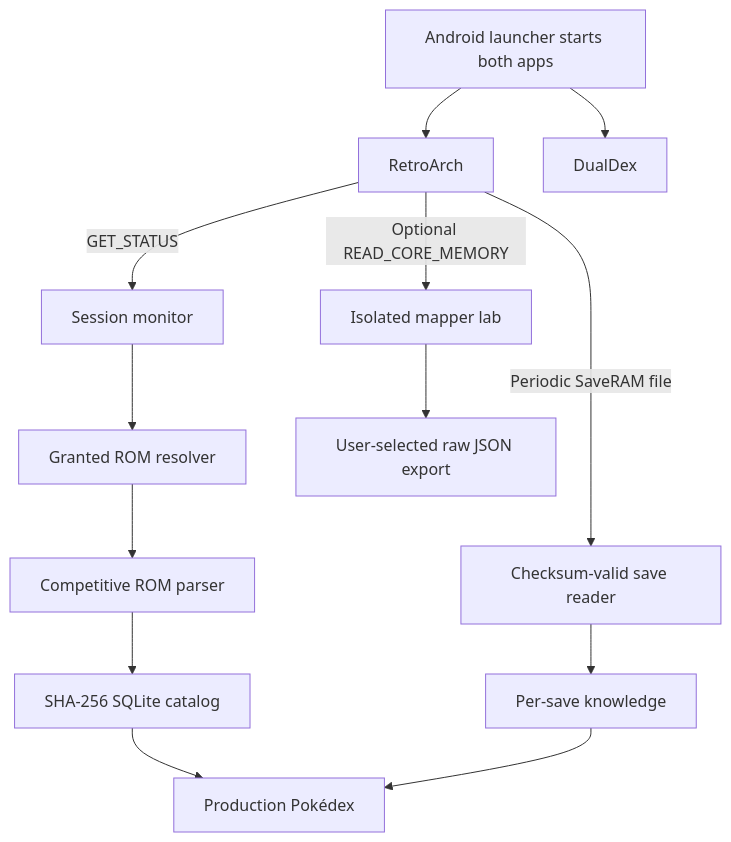
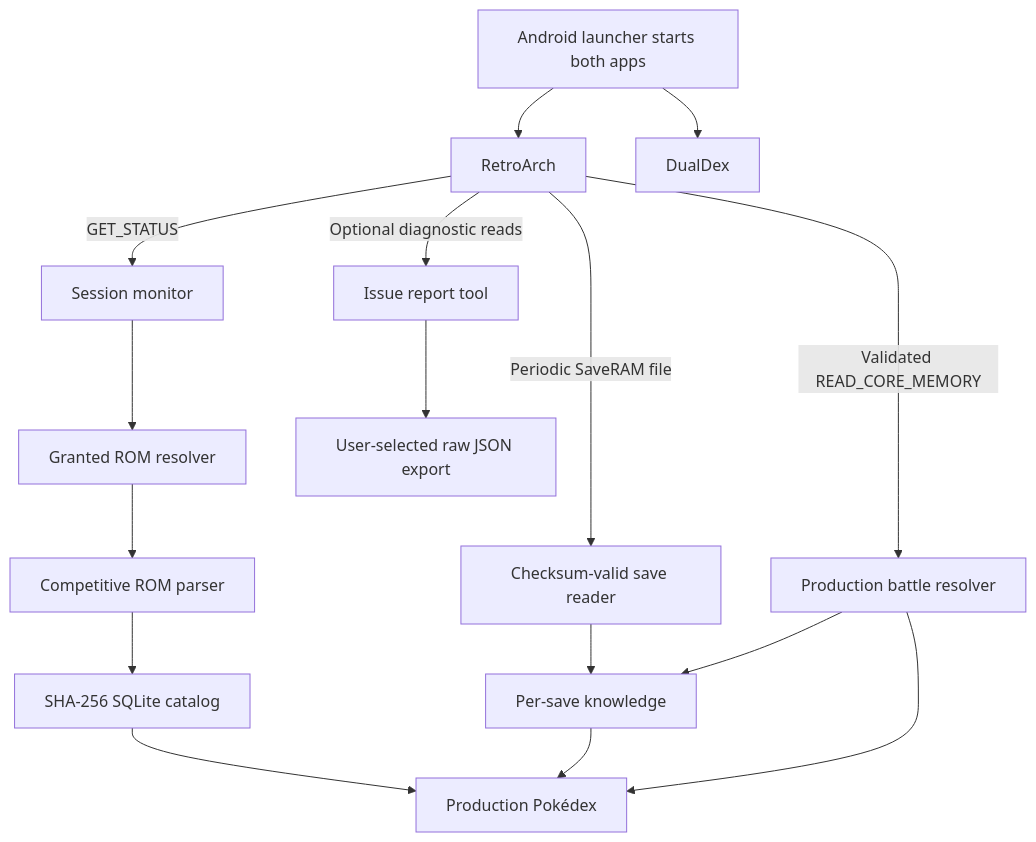
One commit to Darkaxt/DualScreenDex changed the diagram in README.md. Above: the diagram before and after it, drawn with Mermaid. The commit also changed other lines of this file and 4 other files, not shown here.

````diff
--- a/README.md
+++ b/README.md
@@ -125,15 +125,18 @@
 ```mermaid
 flowchart TD
     C[Android launcher starts both apps] --> RA[RetroArch]
     C --> DD[DualDex]
     RA -->|GET_STATUS| S[Session monitor]
     S --> R[Granted ROM resolver]
     R --> P[Competitive ROM parser]
     P --> CAT[SHA-256 SQLite catalog]
     RA -->|Periodic SaveRAM file| SV[Checksum-valid save reader]
     SV --> K[Per-save knowledge]
     CAT --> UI[Production Pokédex]
     K --> UI
-    RA -->|Optional READ_CORE_MEMORY| LAB[Isolated mapper lab]
+    RA -->|Validated READ_CORE_MEMORY| BM[Production battle resolver]
+    BM --> K
+    BM --> UI
+    RA -->|Optional diagnostic reads| LAB[Issue report tool]
     LAB --> JSON[User-selected raw JSON export]
 ```
````
